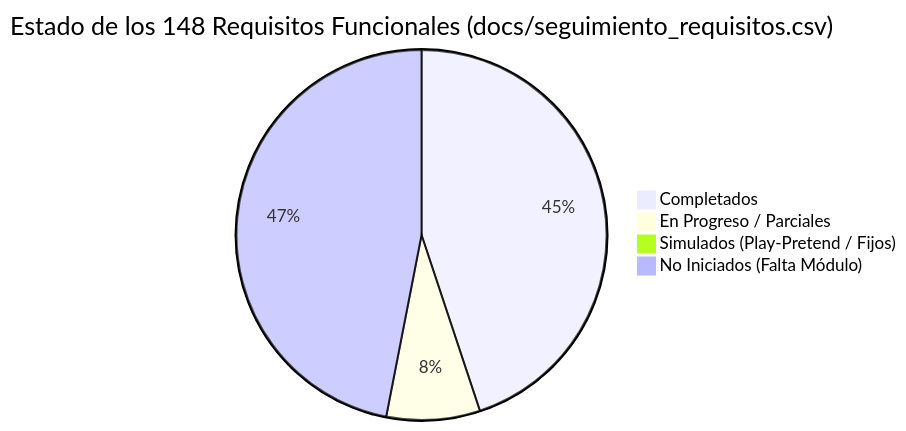
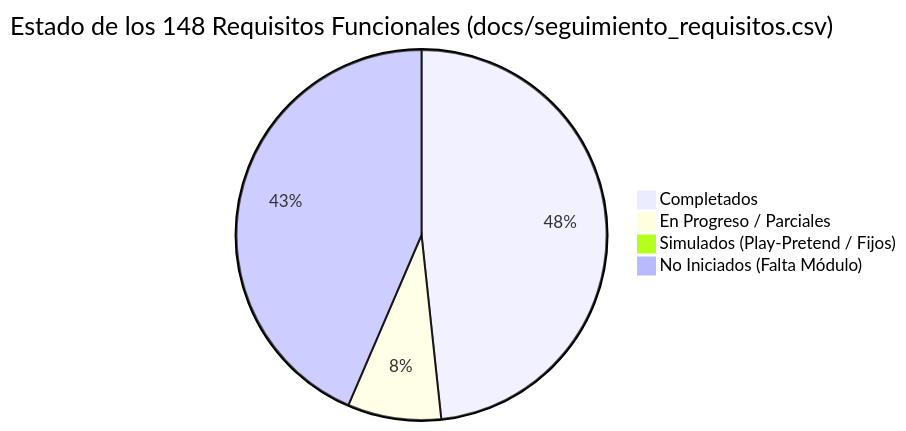
One commit to MatthewR54/Vivero changed the first of 2 diagrams in ROADMAP.md. Above: the diagram before and after it, drawn with Mermaid. The commit also changed other lines of this file and 12 other files, not shown here.

````diff
--- a/ROADMAP.md
+++ b/ROADMAP.md
@@ -11,7 +11,7 @@
 ```mermaid
 pie title Estado de los 148 Requisitos Funcionales (docs/seguimiento_requisitos.csv)
-    "Completados" : 66
+    "Completados" : 71
     "En Progreso / Parciales" : 12
     "Simulados (Play-Pretend / Fijos)" : 1
-    "No Iniciados (Falta Módulo)" : 69
+    "No Iniciados (Falta Módulo)" : 64
 ```
````
